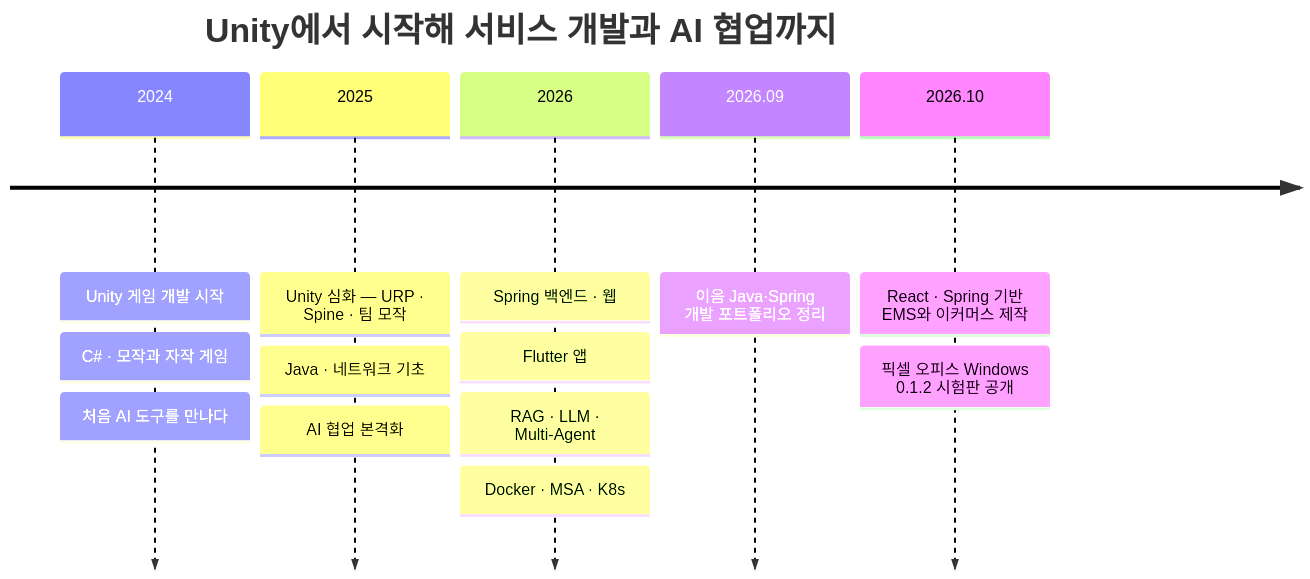
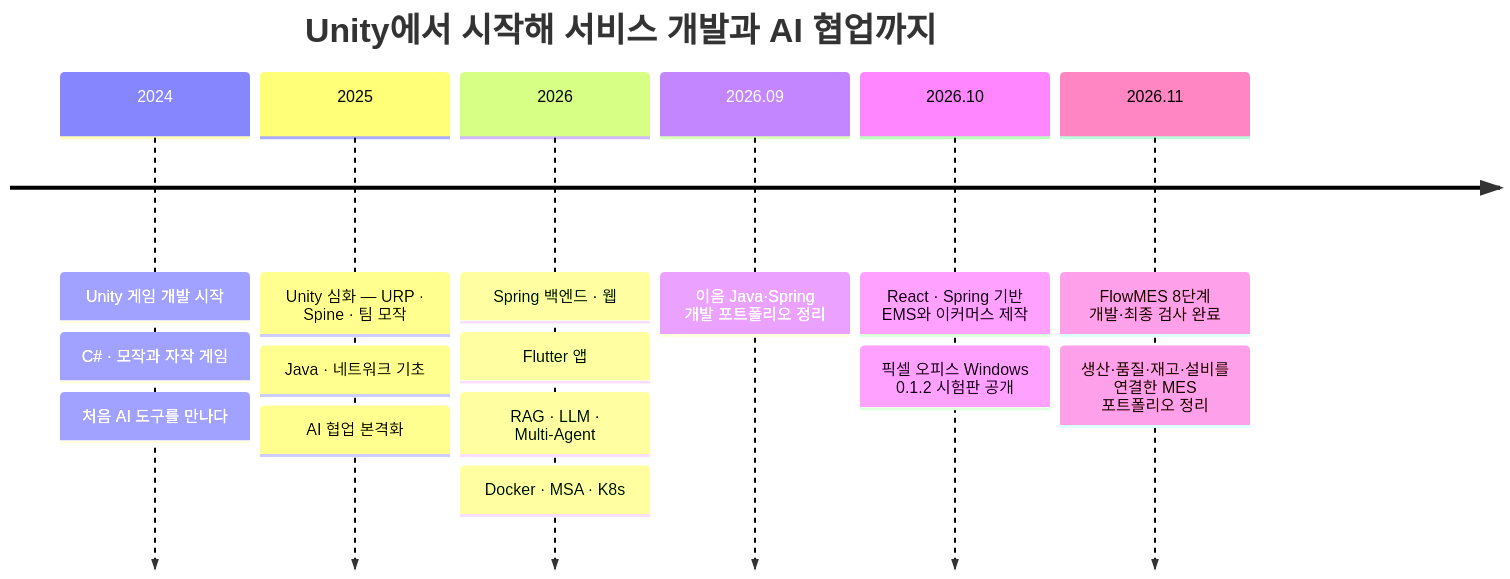
The diagram in README.md (MaoEmong/MaoEmong), drawn with Mermaid before and after one commit. The commit also changed other lines of this file, not shown here.

Commit message:
docs: feature completed FlowMES on GitHub profile (#4)

````diff
--- a/README.md
+++ b/README.md
@@ -41,9 +44,10 @@
 ```mermaid
 timeline
     title Unity에서 시작해 서비스 개발과 AI 협업까지
     2024 : Unity 게임 개발 시작 : C# · 모작과 자작 게임 : 처음 AI 도구를 만나다
     2025 : Unity 심화 — URP · Spine · 팀 모작 : Java · 네트워크 기초 : AI 협업 본격화
     2026 : Spring 백엔드 · 웹 : Flutter 앱 : RAG · LLM · Multi-Agent : Docker · MSA · K8s
     2026.09 : 이음 Java·Spring 개발 포트폴리오 정리
     2026.10 : React · Spring 기반 EMS와 이커머스 제작 : 픽셀 오피스 Windows 0.1.2 시험판 공개
+    2026.11 : FlowMES 8단계 개발·최종 검사 완료 : 생산·품질·재고·설비를 연결한 MES 포트폴리오 정리
 ```
````
